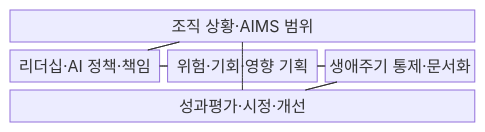
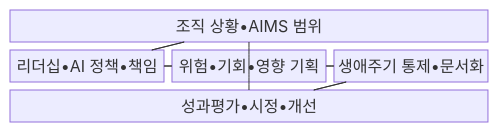
One commit to agnusdei1207/knowledge-base changed the first of 2 diagrams in src/content/docs/notes/07-law-policy/031_iso_42001.md. Above: the diagram before and after it, drawn with Mermaid. The commit also changed other lines of this file and 953 other files, not shown here.

````diff
--- a/src/content/docs/notes/07-law-policy/031_iso_42001.md
+++ b/src/content/docs/notes/07-law-policy/031_iso_42001.md
@@ -68,16 +68,16 @@
 ```mermaid
 block-beta
     columns 3
-    C["조직 상황·AIMS 범위"]:3
-    L["리더십·AI 정책·책임"] P["위험·기회·영향 기획"] O["생애주기 통제·문서화"]
-    E["성과평가·시정·개선"]:3
+    C["조직 상황•AIMS 범위"]:3
+    L["리더십•AI 정책•책임"] P["위험•기회•영향 기획"] O["생애주기 통제•문서화"]
+    E["성과평가•시정•개선"]:3
     C --- L
     L --- P
     P --- O
     O --- E
     E --- C
     C --- L
     L --- P
     P --- O
     O --- E
 ```
````
